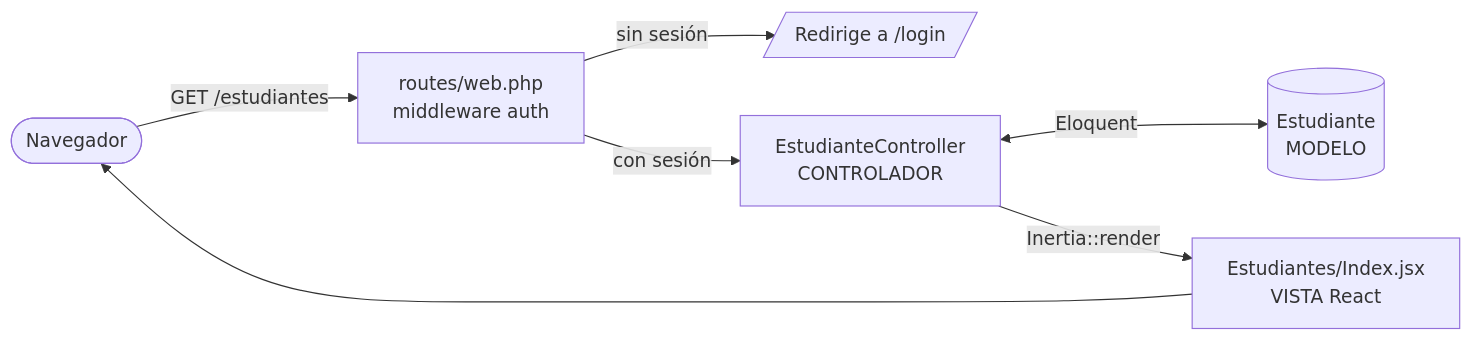
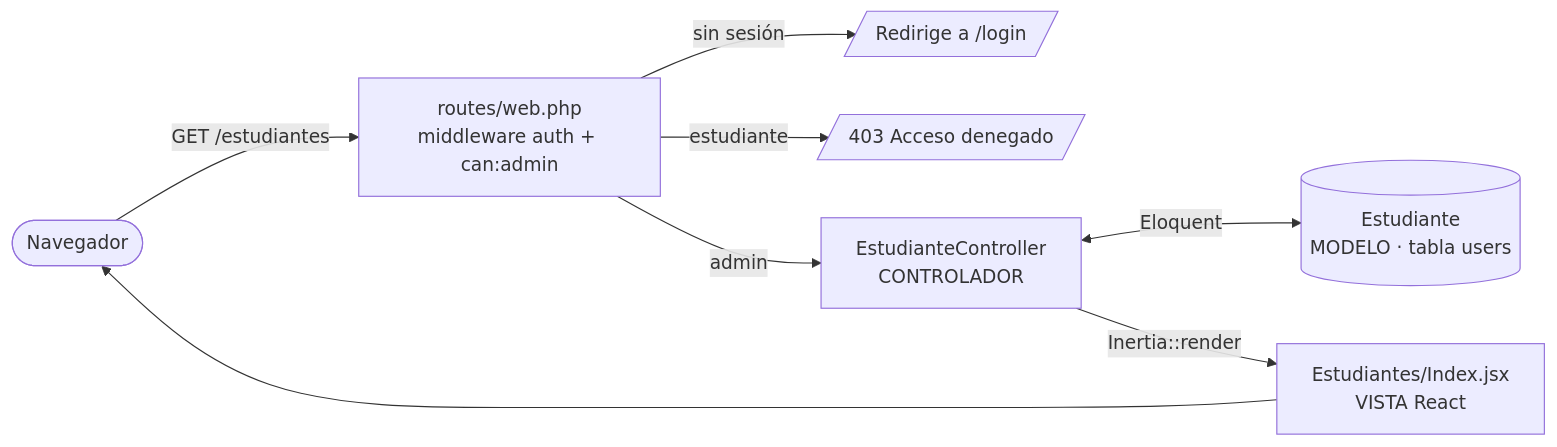
The diagram in README.md (Miguel14011/Login_Crud_Estudiantes), drawn with Mermaid before and after one commit. The commit also changed other lines of this file and 53 other files, not shown here.

Commit message:
Unificar usuarios y estudiantes en una sola tabla: el estudiante se registra y el admin gestiona a todos

````diff
--- a/README.md
+++ b/README.md
@@ -99,9 +98,10 @@
 ```mermaid
 flowchart LR
-    U([Navegador]) -->|GET /estudiantes| R[routes/web.php<br/>middleware auth]
+    U([Navegador]) -->|GET /estudiantes| R[routes/web.php<br/>middleware auth + can:admin]
     R -->|sin sesión| L[/Redirige a /login/]
-    R -->|con sesión| C[EstudianteController<br/>CONTROLADOR]
-    C <-->|Eloquent| M[(Estudiante<br/>MODELO)]
+    R -->|estudiante| F[/403 Acceso denegado/]
+    R -->|admin| C[EstudianteController<br/>CONTROLADOR]
+    C <-->|Eloquent| M[(Estudiante<br/>MODELO · tabla users)]
     C -->|Inertia::render| V[Estudiantes/Index.jsx<br/>VISTA React]
     V --> U
 ```
````
